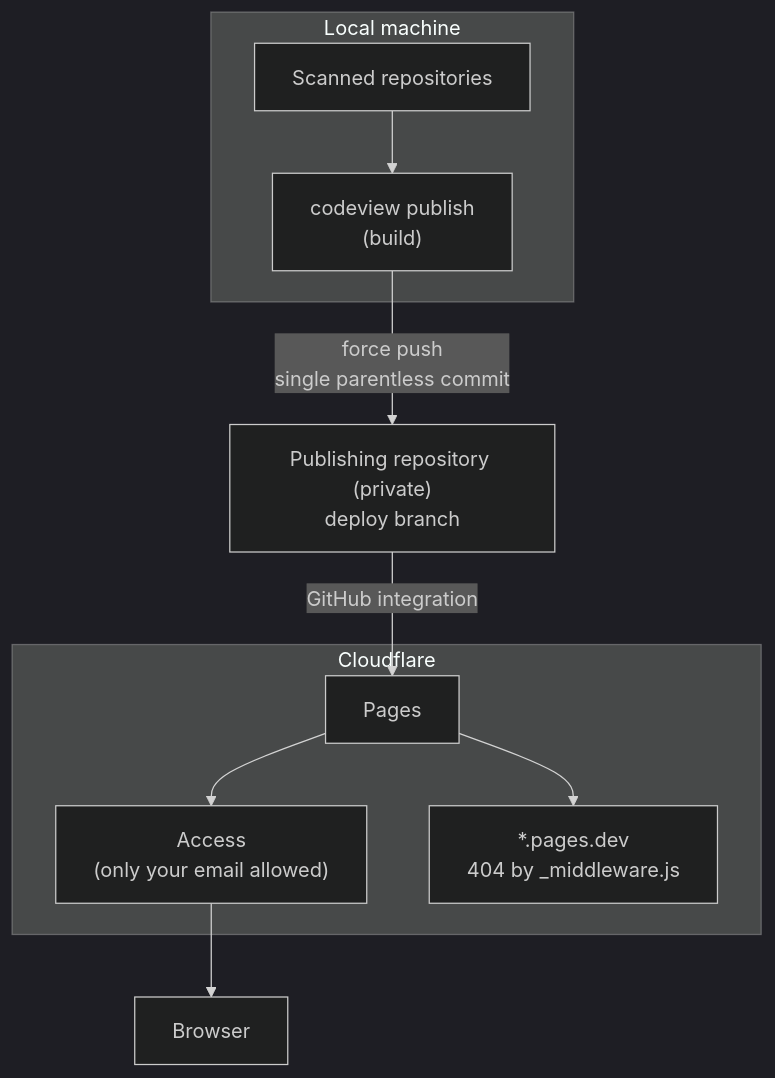
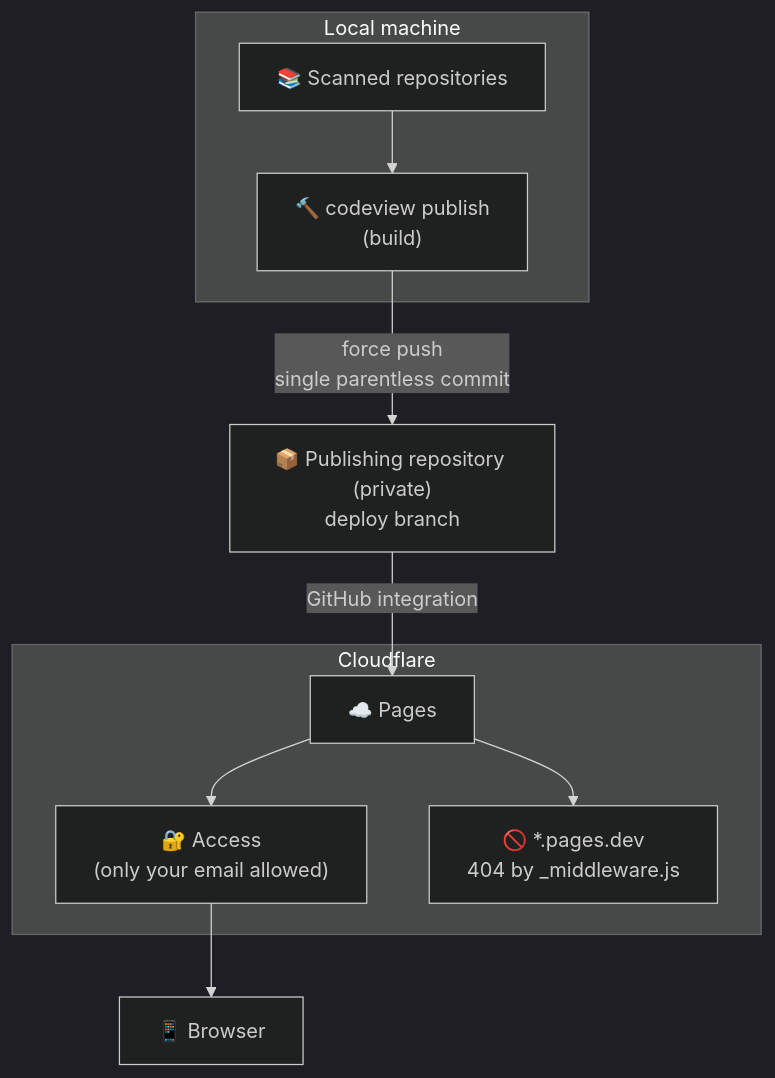
Before and after one commit to yktsnet/codeview: the diagram in README.en.md, drawn with Mermaid (dark theme). The commit also changed 1 other file, not shown here.

Commit message:
docs: Mermaid の各ノードに絵文字を置く (#39)

````diff
--- a/README.en.md
+++ b/README.en.md
@@ -134,13 +134,13 @@
 ```mermaid
 flowchart TD
   subgraph local["Local machine"]
-    repos["Scanned repositories"] --> build["codeview publish<br/>(build)"]
+    repos["📚 Scanned repositories"] --> build["🔨 codeview publish<br/>(build)"]
   end
-  build -- "force push<br/>single parentless commit" --> deploy["Publishing repository (private)<br/>deploy branch"]
+  build -- "force push<br/>single parentless commit" --> deploy["📦 Publishing repository (private)<br/>deploy branch"]
   subgraph cf["Cloudflare"]
-    pages["Pages"] --> access["Access<br/>(only your email allowed)"]
-    pages --> dev["*.pages.dev<br/>404 by _middleware.js"]
+    pages["☁️ Pages"] --> access["🔐 Access<br/>(only your email allowed)"]
+    pages --> dev["🚫 *.pages.dev<br/>404 by _middleware.js"]
   end
   deploy -- "GitHub integration" --> pages
-  access --> phone["Browser"]
+  access --> phone["📱 Browser"]
 ```
````
